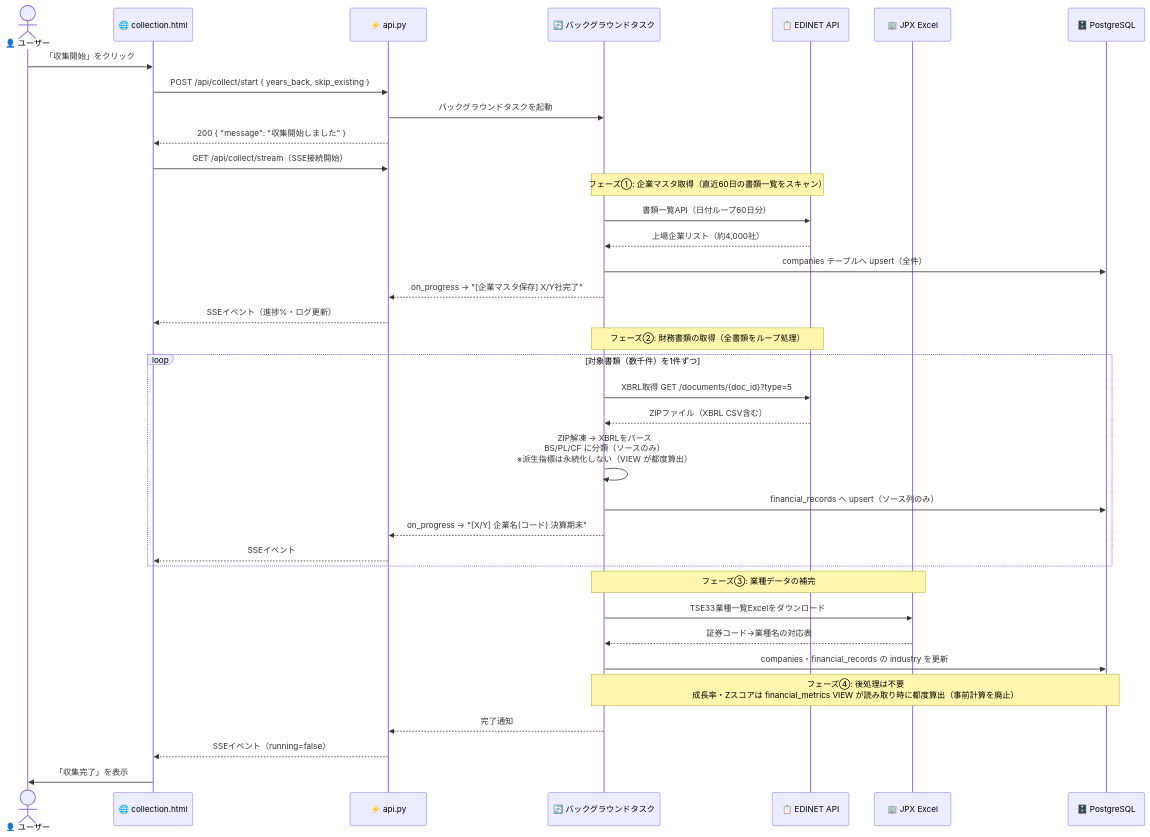
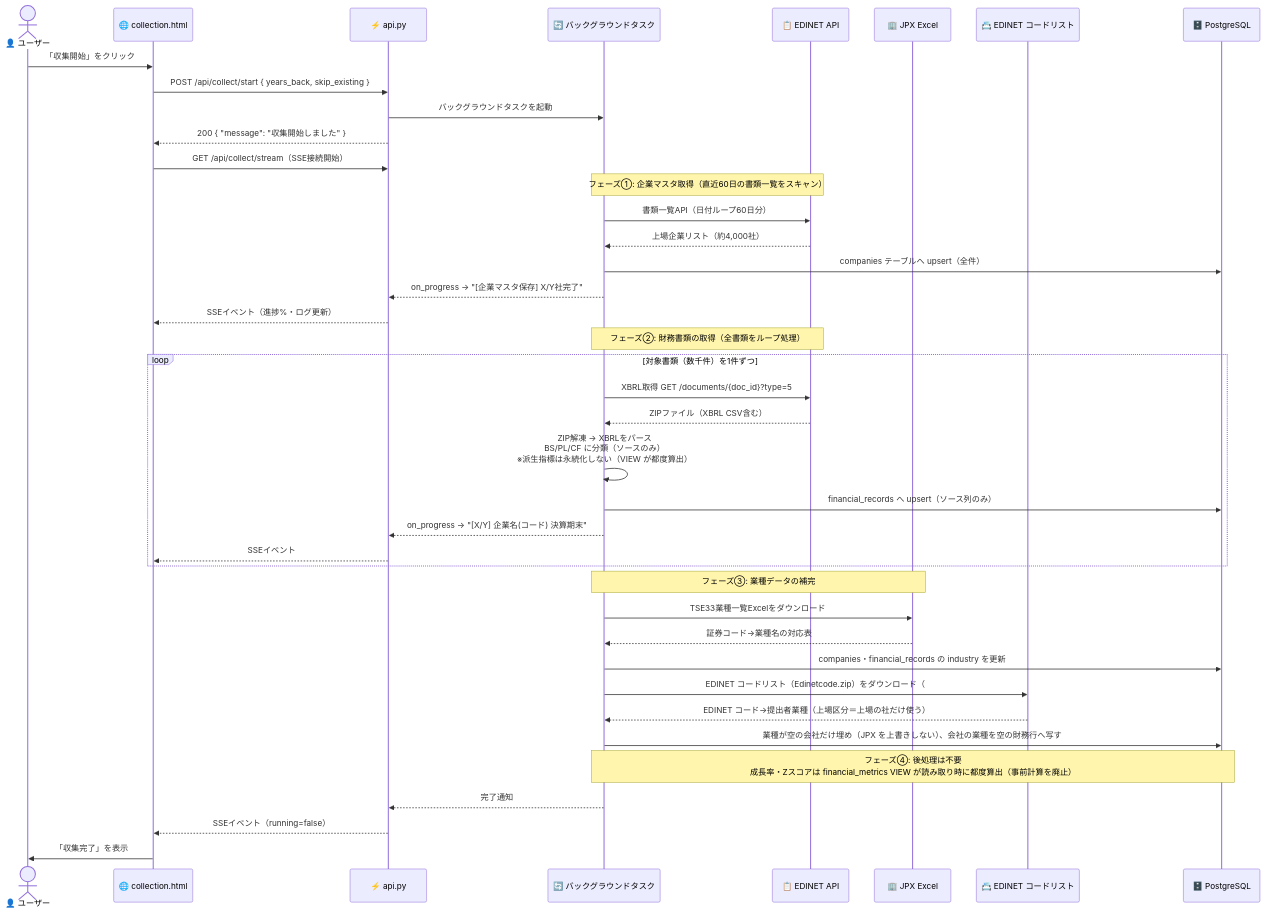
One commit to kome-kome/financial_app changed the fourth of 12 diagrams in docs/ARCHITECTURE.md. Above: the diagram before and after it, drawn with Mermaid. The commit also changed other lines of this file and 16 other files, not shown here.

First line of the commit message:
fix(data): JPX に載らない上場社の業種の空欄を EDINET コードリストの提出者業種で埋める (#796)

````diff
--- a/docs/ARCHITECTURE.md
+++ b/docs/ARCHITECTURE.md
@@ -689,44 +689,48 @@
 ```mermaid
 sequenceDiagram
     actor       User  as 👤 ユーザー
     participant UI    as 🌐 collection.html
     participant API   as ⚡ api.py
     participant BGT   as 🔄 バックグラウンドタスク
     participant EDI   as 📋 EDINET API
     participant JPX   as 🏢 JPX Excel
+    participant ED    as 📇 EDINET コードリスト
     participant DB    as 🗄️ PostgreSQL
 
     User ->> UI  : 「収集開始」をクリック
     UI   ->> API : POST /api/collect/start { years_back, skip_existing }
     API  ->> BGT : バックグラウンドタスクを起動
     API -->> UI  : 200 { "message": "収集開始しました" }
     UI   ->> API : GET /api/collect/stream（SSE接続開始）
 
     Note over BGT,EDI: フェーズ①: 企業マスタ取得（直近60日の書類一覧をスキャン）
     BGT  ->> EDI : 書類一覧API（日付ループ60日分）
     EDI -->> BGT : 上場企業リスト（約4,000社）
     BGT  ->> DB  : companies テーブルへ upsert（全件）
     BGT -->> API : on_progress → "[企業マスタ保存] X/Y社完了"
     API -->> UI  : SSEイベント（進捗%・ログ更新）
 
     Note over BGT,EDI: フェーズ②: 財務書類の取得（全書類をループ処理）
     loop 対象書類（数千件）を1件ずつ
         BGT  ->> EDI : XBRL取得 GET /documents/{doc_id}?type=5
         EDI -->> BGT : ZIPファイル（XBRL CSV含む）
         BGT  ->> BGT : ZIP解凍 → XBRLをパース<br/>BS/PL/CF に分類（ソースのみ）<br/>※派生指標は永続化しない（VIEW が都度算出）
         BGT  ->> DB  : financial_records へ upsert（ソース列のみ）
         BGT -->> API : on_progress → "[X/Y] 企業名(コード) 決算期末"
         API -->> UI  : SSEイベント
     end
 
     Note over BGT,JPX: フェーズ③: 業種データの補完
     BGT  ->> JPX : TSE33業種一覧Excelをダウンロード
     JPX -->> BGT : 証券コード→業種名の対応表
     BGT  ->> DB  : companies・financial_records の industry を更新
+    BGT  ->> ED  : EDINET コードリスト（Edinetcode.zip）をダウンロード（#784）
+    ED  -->> BGT : EDINET コード→提出者業種（上場区分＝上場の社だけ使う）
+    BGT  ->> DB  : 業種が空の会社だけ埋め（JPX を上書きしない）、会社の業種を空の財務行へ写す
 
     Note over BGT,DB: フェーズ④: 後処理は不要<br/>成長率・Zスコアは financial_metrics VIEW が読み取り時に都度算出（事前計算を廃止）
 
     BGT -->> API : 完了通知
     API -->> UI  : SSEイベント（running=false）
     UI  ->> User : 「収集完了」を表示
 ```
````
